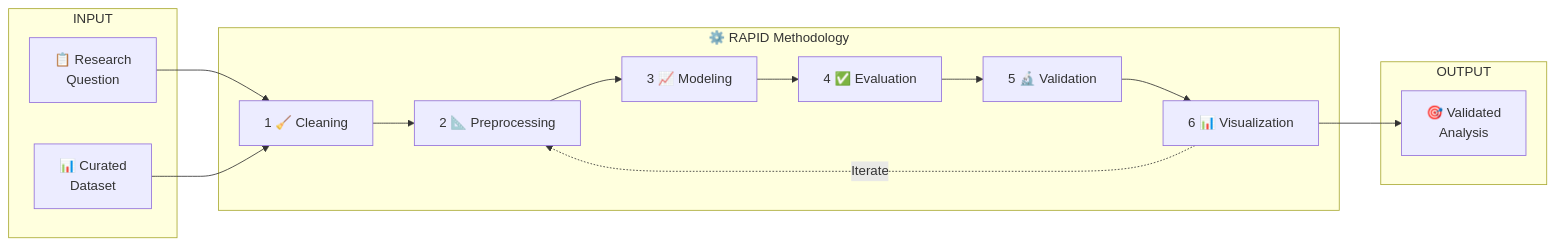
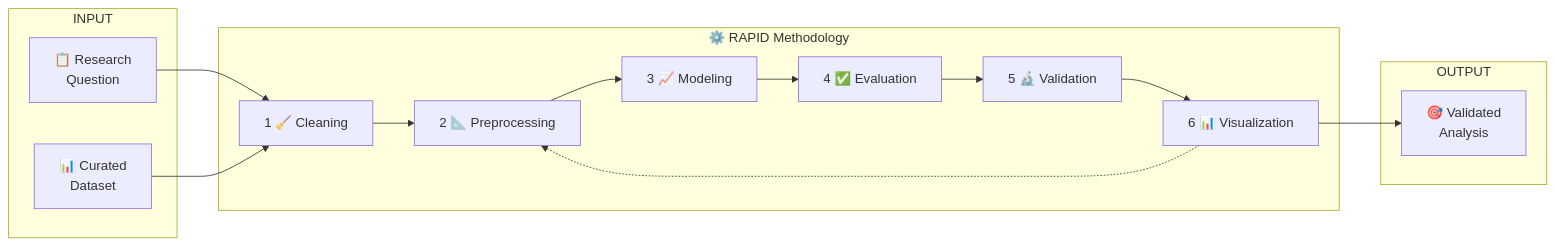
Before and after one commit to noispuc/isaric3.0-rapid: the diagram in docs/index.md, drawn with Mermaid.

Commit message:
fix: remove unnecessary label from RAPID methodology flow diagram

````diff
--- a/docs/index.md
+++ b/docs/index.md
@@ -17,24 +17,24 @@
 ```mermaid
 graph LR
     subgraph INPUT
         A[📋 Research<br/>Question]
         B[📊 Curated<br/>Dataset]
     end
     
     subgraph PROCESS["⚙️ RAPID Methodology"]
         C1[1 🧹 Cleaning] --> C2[2 📐 Preprocessing]
         C2 --> C3[3 📈 Modeling]
         C3 --> C4[4 ✅ Evaluation]
         C4 --> C5[5 🔬 Validation]
         C5 --> C6[6 📊 Visualization]
-        C6 -.->|Iterate| C2
+        C6 -.-> C2
     end
     
     subgraph OUTPUT
         D[🎯 Validated<br/>Analysis]
     end
 
     A --> C1
     B --> C1
     C6 --> D
 ```
````
